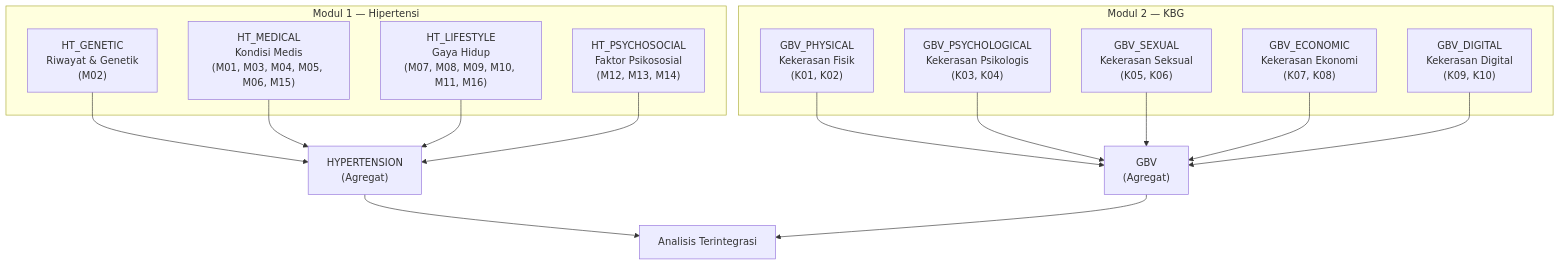
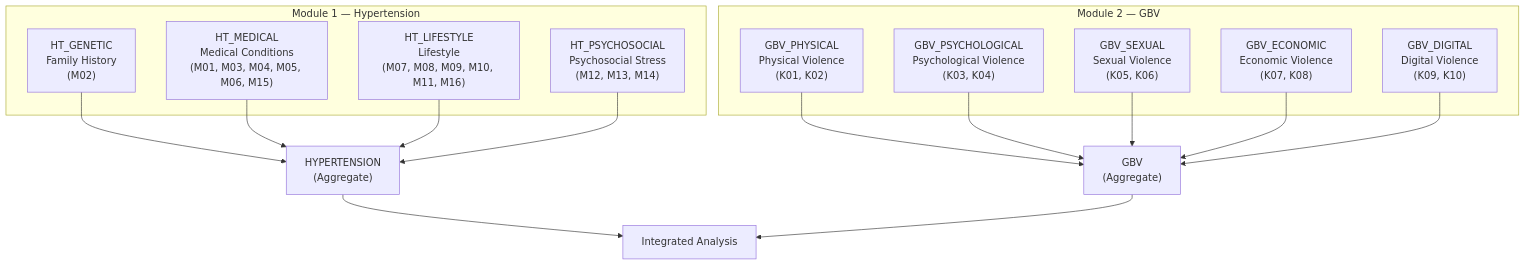
One commit to RestlessHozy/EmpatiForLemonade changed the third of 3 diagrams in EXPERT_SYSTEM.md. Above: the diagram before and after it, drawn with Mermaid. The commit also changed other lines of this file and 16 other files, not shown here.

Commit message:
docs: translate repository documentation and architecture specs to English

````diff
--- a/EXPERT_SYSTEM.md
+++ b/EXPERT_SYSTEM.md
@@ -306,31 +280,31 @@
 ```mermaid
 flowchart TD
-    subgraph Modul_Hipertensi["Modul 1 — Hipertensi"]
-        HT_G["HT_GENETIC<br/>Riwayat & Genetik<br/>(M02)"]
-        HT_M["HT_MEDICAL<br/>Kondisi Medis<br/>(M01, M03, M04, M05, M06, M15)"]
-        HT_L["HT_LIFESTYLE<br/>Gaya Hidup<br/>(M07, M08, M09, M10, M11, M16)"]
-        HT_P["HT_PSYCHOSOCIAL<br/>Faktor Psikososial<br/>(M12, M13, M14)"]
+    subgraph Module_HT["Module 1 — Hypertension"]
+        HT_G["HT_GENETIC<br/>Family History<br/>(M02)"]
+        HT_M["HT_MEDICAL<br/>Medical Conditions<br/>(M01, M03, M04, M05, M06, M15)"]
+        HT_L["HT_LIFESTYLE<br/>Lifestyle<br/>(M07, M08, M09, M10, M11, M16)"]
+        HT_P["HT_PSYCHOSOCIAL<br/>Psychosocial Stress<br/>(M12, M13, M14)"]
     end
 
-    subgraph Modul_KBG["Modul 2 — KBG"]
-        GBV_PH["GBV_PHYSICAL<br/>Kekerasan Fisik<br/>(K01, K02)"]
-        GBV_PS["GBV_PSYCHOLOGICAL<br/>Kekerasan Psikologis<br/>(K03, K04)"]
-        GBV_SX["GBV_SEXUAL<br/>Kekerasan Seksual<br/>(K05, K06)"]
-        GBV_EC["GBV_ECONOMIC<br/>Kekerasan Ekonomi<br/>(K07, K08)"]
-        GBV_DG["GBV_DIGITAL<br/>Kekerasan Digital<br/>(K09, K10)"]
+    subgraph Module_GBV["Module 2 — GBV"]
+        GBV_PH["GBV_PHYSICAL<br/>Physical Violence<br/>(K01, K02)"]
+        GBV_PS["GBV_PSYCHOLOGICAL<br/>Psychological Violence<br/>(K03, K04)"]
+        GBV_SX["GBV_SEXUAL<br/>Sexual Violence<br/>(K05, K06)"]
+        GBV_EC["GBV_ECONOMIC<br/>Economic Violence<br/>(K07, K08)"]
+        GBV_DG["GBV_DIGITAL<br/>Digital Violence<br/>(K09, K10)"]
     end
 
-    HT_G --> AGG_HT["HYPERTENSION<br/>(Agregat)"]
+    HT_G --> AGG_HT["HYPERTENSION<br/>(Aggregate)"]
     HT_M --> AGG_HT
     HT_L --> AGG_HT
     HT_P --> AGG_HT
 
-    GBV_PH --> AGG_GBV["GBV<br/>(Agregat)"]
+    GBV_PH --> AGG_GBV["GBV<br/>(Aggregate)"]
     GBV_PS --> AGG_GBV
     GBV_SX --> AGG_GBV
     GBV_EC --> AGG_GBV
     GBV_DG --> AGG_GBV
 
-    AGG_HT --> INT["Analisis Terintegrasi"]
+    AGG_HT --> INT["Integrated Analysis"]
     AGG_GBV --> INT
 ```
````
